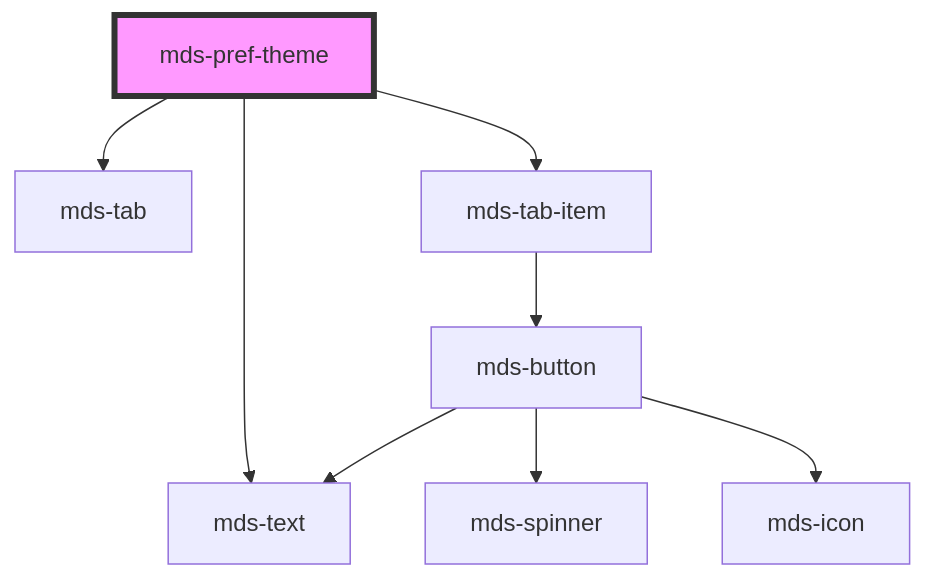
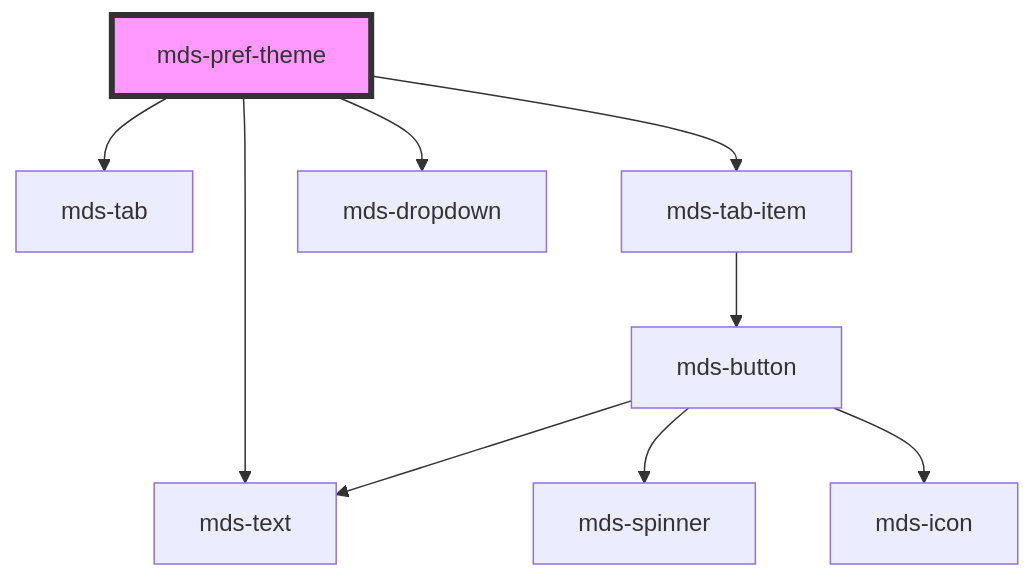
One commit to magma-design-system/magma changed the diagram in projects/stencil/src/components/mds-pref-theme/readme.md. Above: the diagram before and after it, drawn with Mermaid. The commit also changed other lines of this file and 304 other files, not shown here.

````diff
--- a/projects/stencil/src/components/mds-pref-theme/readme.md
+++ b/projects/stencil/src/components/mds-pref-theme/readme.md
@@ -249,11 +258,12 @@
 ```mermaid
 graph TD;
   mds-pref-theme --> mds-text
   mds-pref-theme --> mds-tab
   mds-pref-theme --> mds-tab-item
+  mds-pref-theme --> mds-dropdown
   mds-tab-item --> mds-button
   mds-button --> mds-spinner
   mds-button --> mds-icon
   mds-button --> mds-text
   style mds-pref-theme fill:#f9f,stroke:#333,stroke-width:4px
 ```
````
